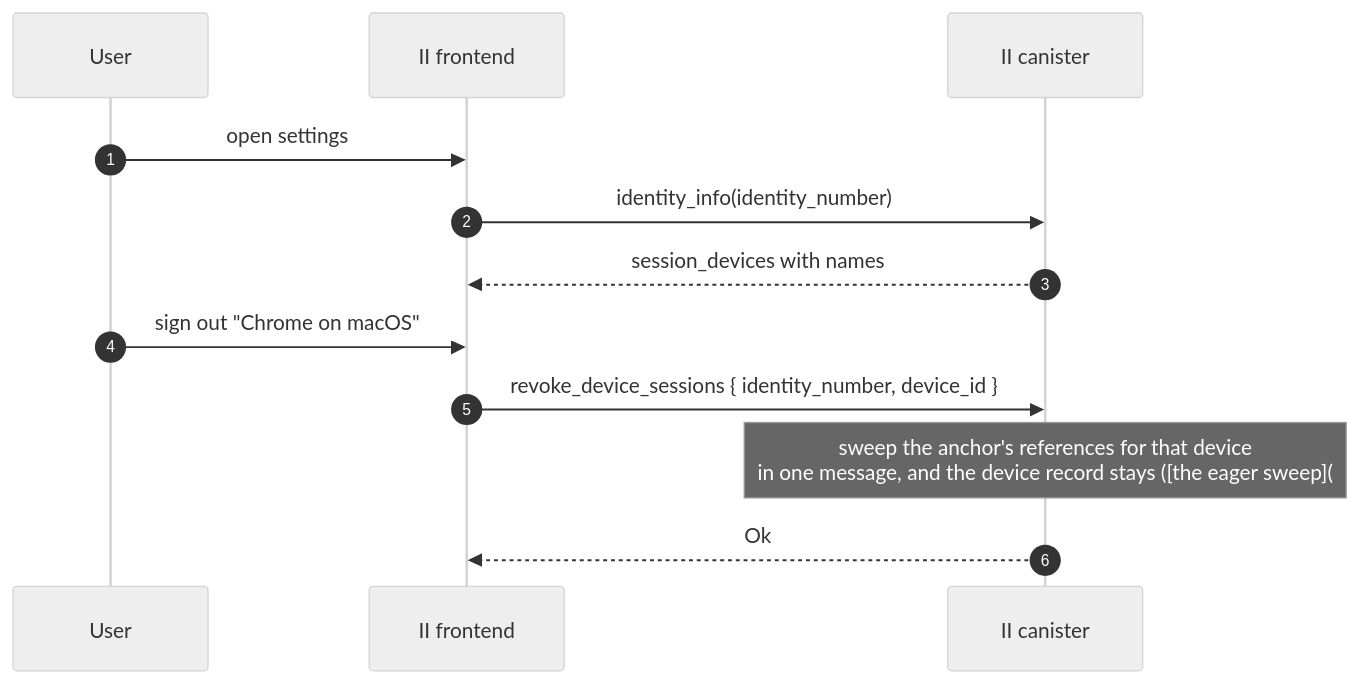
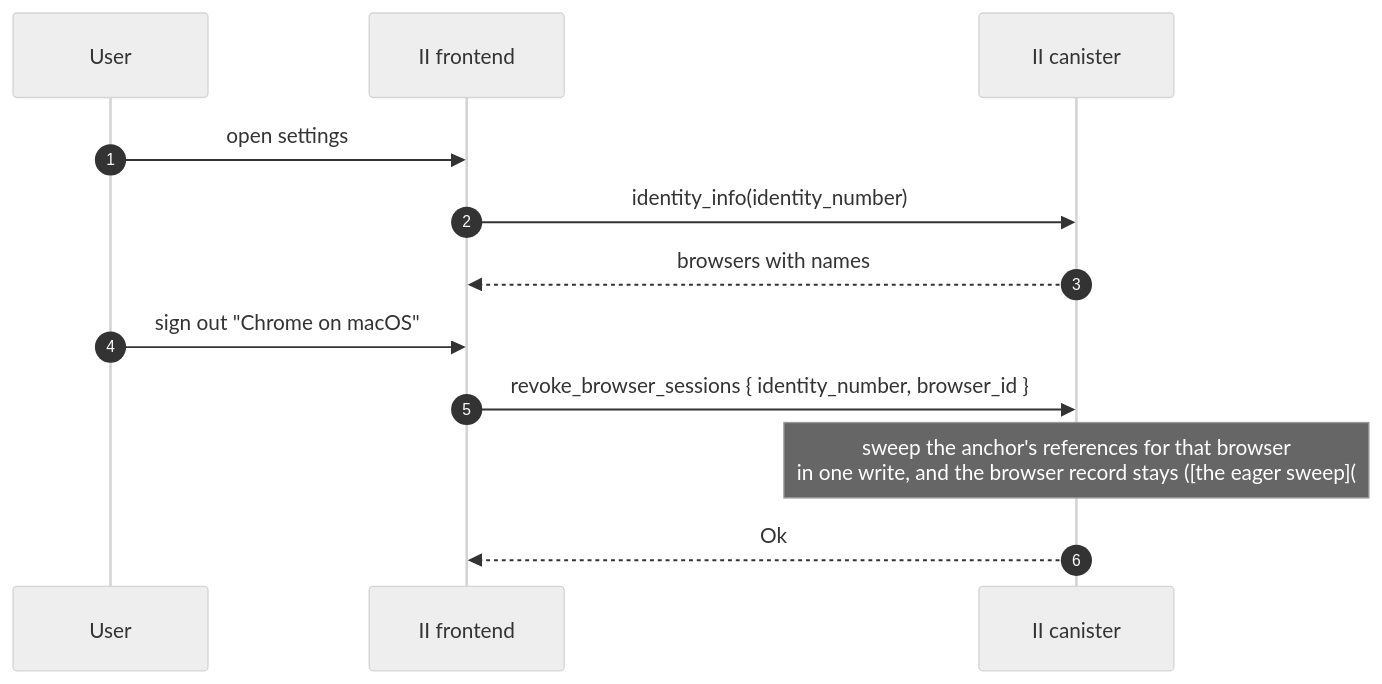
Before and after one commit to dfinity/internet-identity: the seventh of 7 diagrams in docs/ongoing/revocable-app-sessions-spec.md, drawn with Mermaid (neutral theme). The commit also changed other lines of this file and 1 other file, not shown here.

First line of the commit message:
docs: bring the session spec onto the design that shipped

````diff
--- a/docs/ongoing/revocable-app-sessions-spec.md
+++ b/docs/ongoing/revocable-app-sessions-spec.md
@@ -748,14 +792,14 @@
 ```mermaid
 sequenceDiagram
     autonumber
     participant User
     participant IIF as II frontend
     participant IIC as II canister
     User->>IIF: open settings
     IIF->>IIC: identity_info(identity_number)
-    IIC-->>IIF: session_devices with names
+    IIC-->>IIF: browsers with names
     User->>IIF: sign out "Chrome on macOS"
-    IIF->>IIC: revoke_device_sessions { identity_number, device_id }
-    Note over IIC: sweep the anchor's references for that device<br/>in one message, and the device record stays ([the eager sweep](#signing-a-browser-out-is-an-eager-sweep))
+    IIF->>IIC: revoke_browser_sessions { identity_number, browser_id }
+    Note over IIC: sweep the anchor's references for that browser<br/>in one write, and the browser record stays ([the eager sweep](#signing-a-browser-out-is-an-eager-sweep))
     IIC-->>IIF: Ok
 ```
````
